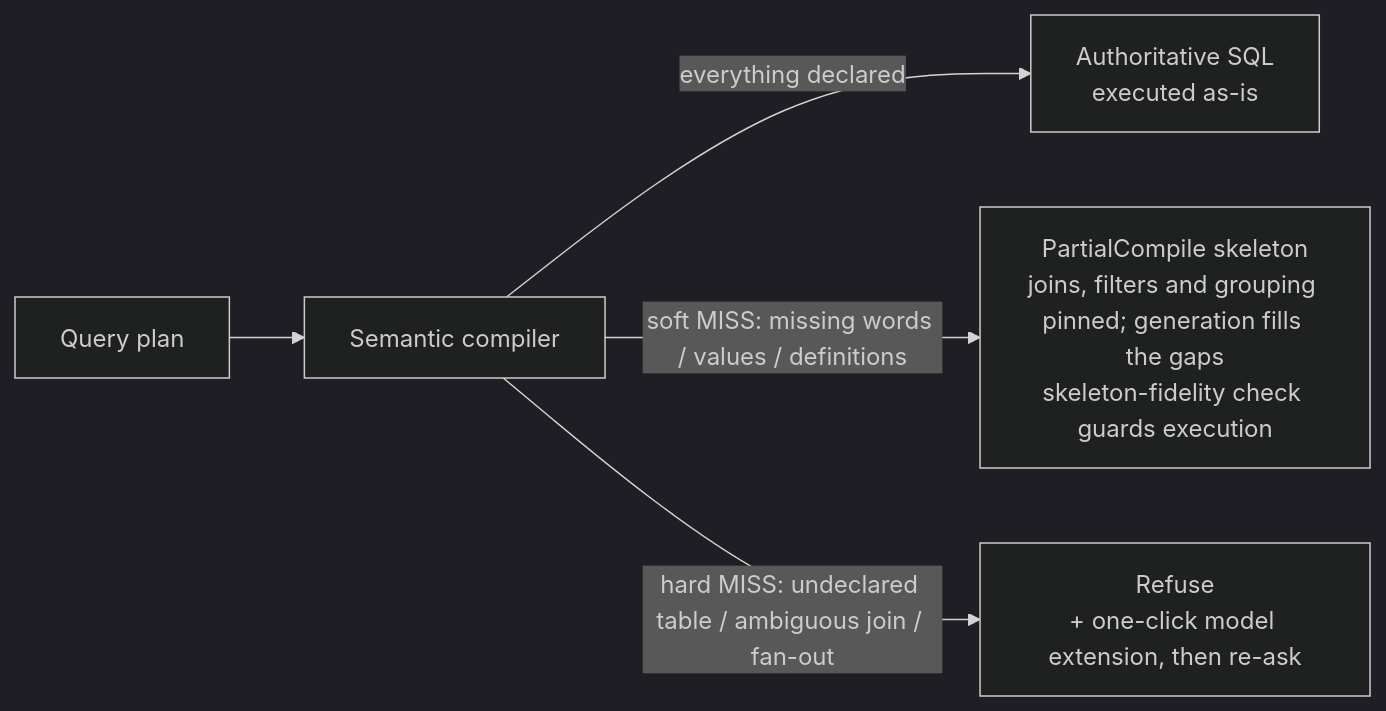
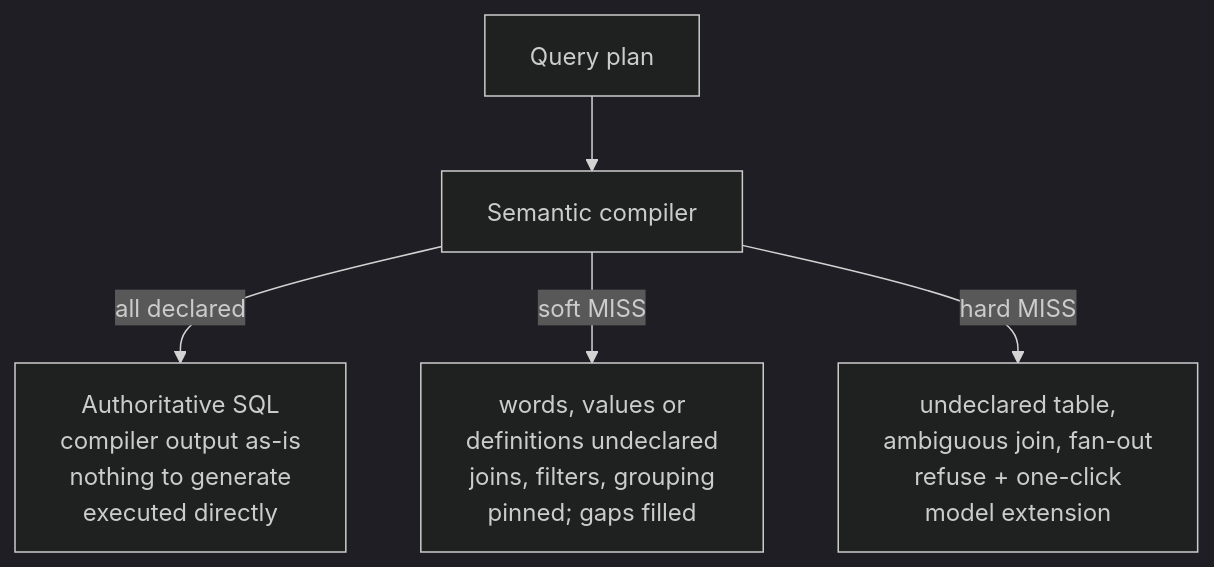
The third of 3 diagrams in README.en.md (Nivane/trove), drawn with Mermaid (dark theme) before and after one commit. The commit also changed other lines of this file and 4 other files, not shown here.

First line of the commit message:
docs(diagrams): README 与架构页 mermaid 重排——去跨带连线、等高框、去孤字

````diff
--- a/README.en.md
+++ b/README.en.md
@@ -111,7 +112,7 @@
 ```mermaid
-flowchart LR
+flowchart TB
     PLAN["Query plan"] --> C["Semantic compiler"]
-    C -->|"everything declared"| OK["Authoritative SQL<br/>executed as-is"]
-    C -->|"soft MISS: missing words / values / definitions"| PC["PartialCompile skeleton<br/>joins, filters and grouping pinned; generation fills the gaps<br/>skeleton-fidelity check guards execution"]
-    C -->|"hard MISS: undeclared table / ambiguous join / fan-out"| MISS["Refuse<br/>+ one-click model extension, then re-ask"]
+    C -->|"all declared"| OK["Authoritative SQL<br/>compiler output as-is<br/>nothing to generate<br/>executed directly"]
+    C -->|"soft MISS"| PC["words, values or<br/>definitions undeclared<br/>joins, filters, grouping<br/>pinned; gaps filled"]
+    C -->|"hard MISS"| MISS["undeclared table,<br/>ambiguous join, fan-out<br/>refuse + one-click<br/>model extension"]
 ```
````
